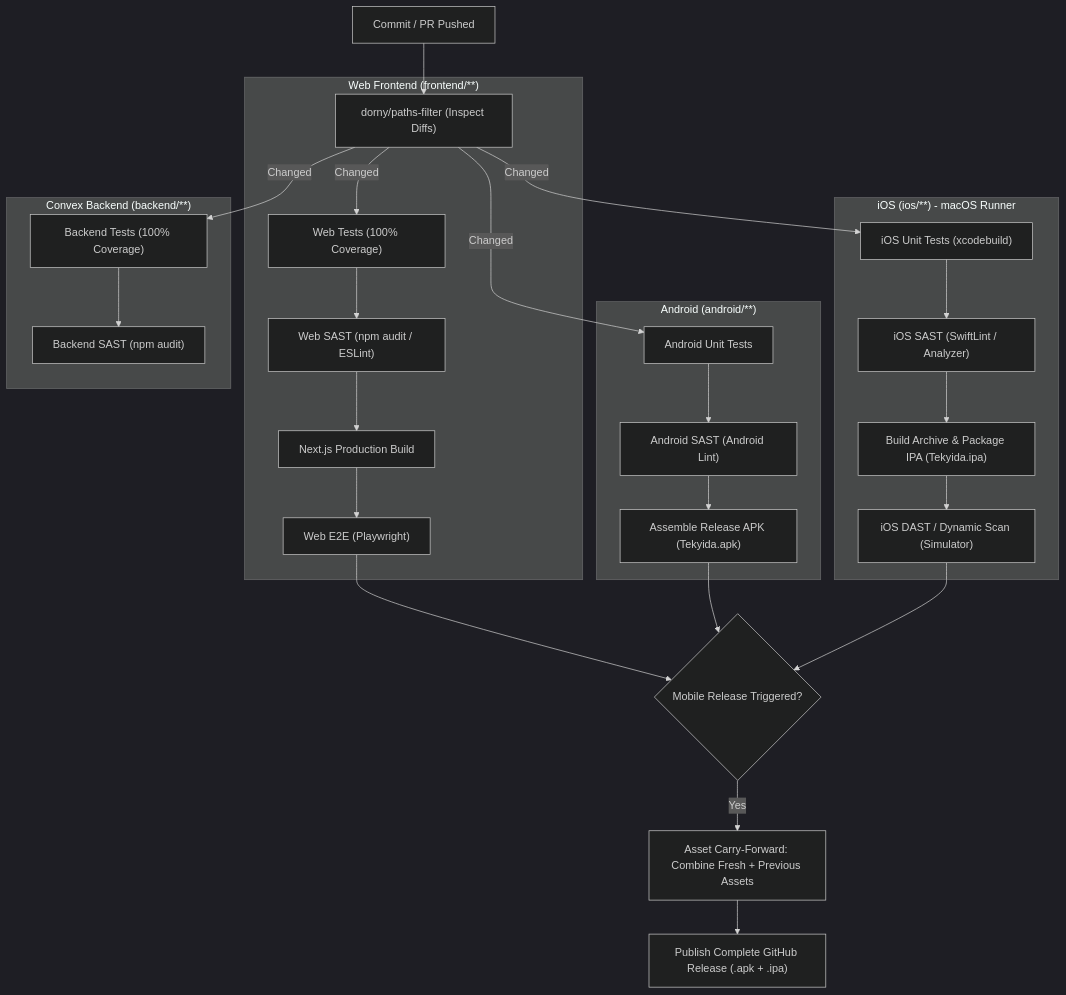
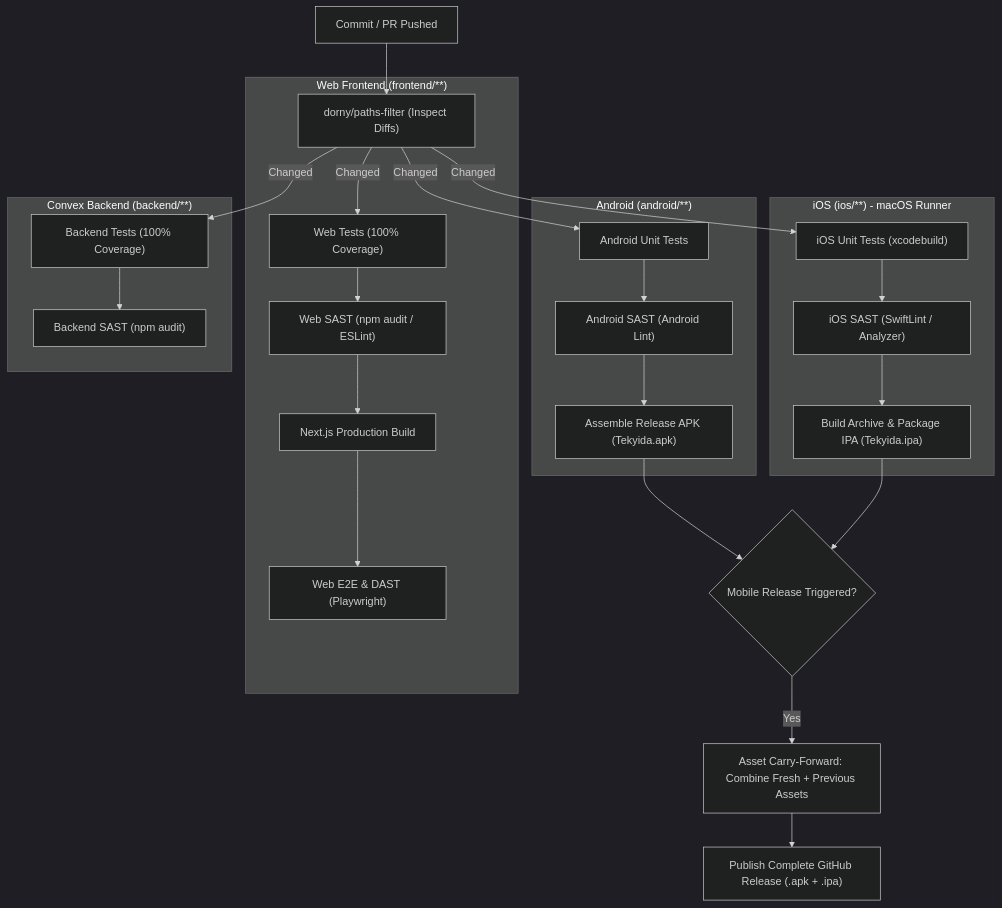
Before and after one commit to Mehdirben/tekyida: the first of 2 diagrams in docs/tests-plan.md, drawn with Mermaid (dark theme). The commit also changed other lines of this file and 13 other files, not shown here.

Commit message:
feat(tests): add Playwright Web E2E and DAST security testing suite with change-gated CI job

````diff
--- a/docs/tests-plan.md
+++ b/docs/tests-plan.md
@@ -26,33 +27,32 @@
 ```mermaid
 flowchart TD
     Trigger["Commit / PR Pushed"] --> Filter["dorny/paths-filter (Inspect Diffs)"]
 
     subgraph Web["Web Frontend (frontend/**)"]
         Filter -->|Changed| W1["Web Tests (100% Coverage)"]
         W1 --> W2["Web SAST (npm audit / ESLint)"]
         W2 --> W3["Next.js Production Build"]
-        W3 --> W4["Web E2E (Playwright)"]
+        W3 --> W4["Web E2E & DAST (Playwright)"]
     end
 
     subgraph Android["Android (android/**)"]
         Filter -->|Changed| A1["Android Unit Tests"]
         A1 --> A2["Android SAST (Android Lint)"]
         A2 --> A3["Assemble Release APK (Tekyida.apk)"]
     end
 
     subgraph iOS["iOS (ios/**) - macOS Runner"]
         Filter -->|Changed| I1["iOS Unit Tests (xcodebuild)"]
         I1 --> I2["iOS SAST (SwiftLint / Analyzer)"]
         I2 --> I3["Build Archive & Package IPA (Tekyida.ipa)"]
-        I3 --> I4["iOS DAST / Dynamic Scan (Simulator)"]
     end
 
     subgraph Backend["Convex Backend (backend/**)"]
         Filter -->|Changed| B1["Backend Tests (100% Coverage)"]
         B1 --> B2["Backend SAST (npm audit)"]
     end
 
-    W4 & A3 & I4 --> Rel{"Mobile Release Triggered?"}
+    A3 & I3 --> Rel{"Mobile Release Triggered?"}
     Rel -->|Yes| CF["Asset Carry-Forward: Combine Fresh + Previous Assets"]
     CF --> GH["Publish Complete GitHub Release (.apk + .ipa)"]
 ```
````
